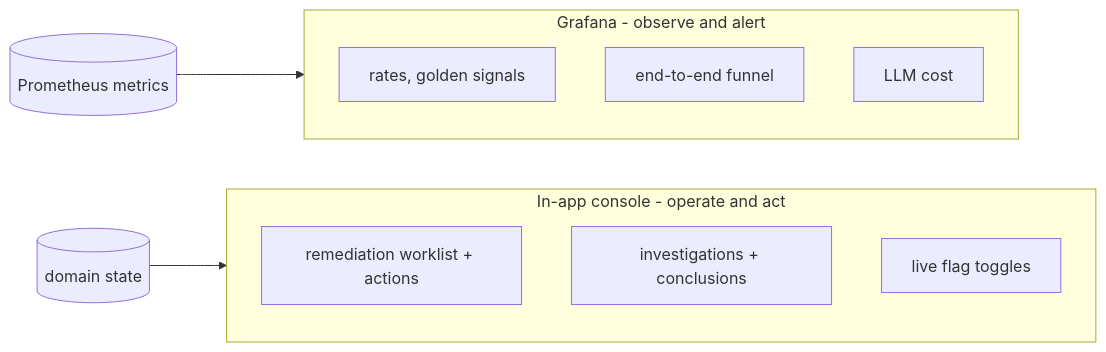
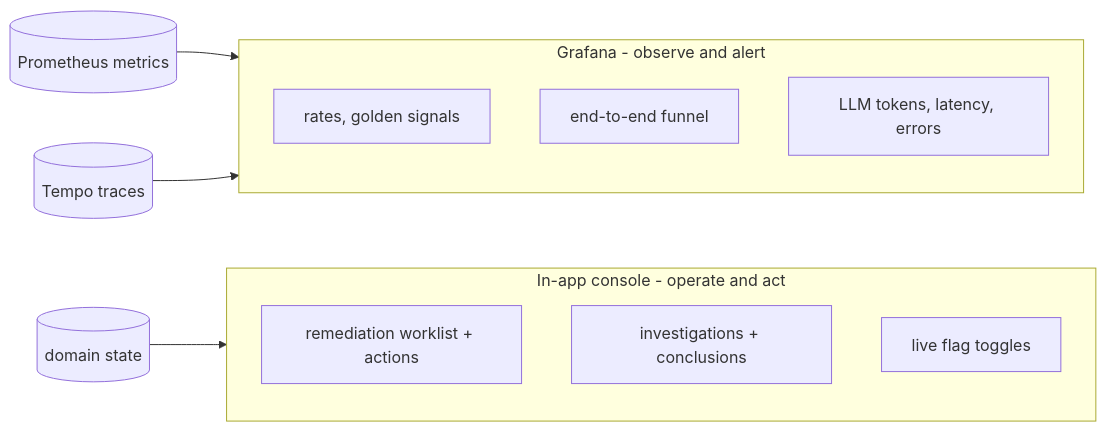
One commit to aachtenberg/cfoperator changed the diagram in docs/OBSERVABILITY.md. Above: the diagram before and after it, drawn with Mermaid. The commit also changed other lines of this file and 50 other files, not shown here.

````diff
--- a/docs/OBSERVABILITY.md
+++ b/docs/OBSERVABILITY.md
@@ -5,17 +5,18 @@
 ```mermaid
 flowchart LR
   subgraph obs[Grafana - observe and alert]
     direction TB
     rate["rates, golden signals"]
     fun["end-to-end funnel"]
-    cost["LLM cost"]
+    cost["LLM tokens, latency, errors"]
   end
   subgraph con[In-app console - operate and act]
     direction TB
     wl["remediation worklist + actions"]
     iv["investigations + conclusions"]
     tog["live flag toggles"]
   end
   metrics[(Prometheus metrics)] --> obs
+  traces[(Tempo traces)] --> obs
   postgres[(domain state)] --> con
 ```
````
